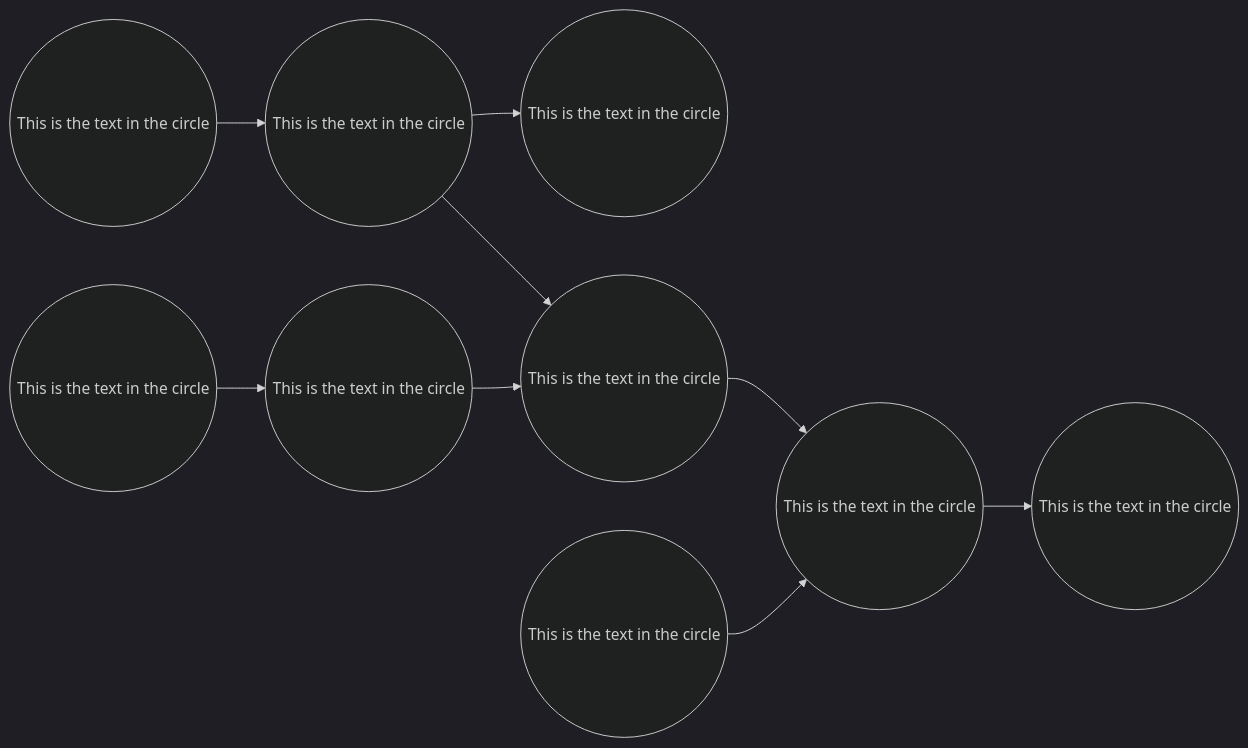
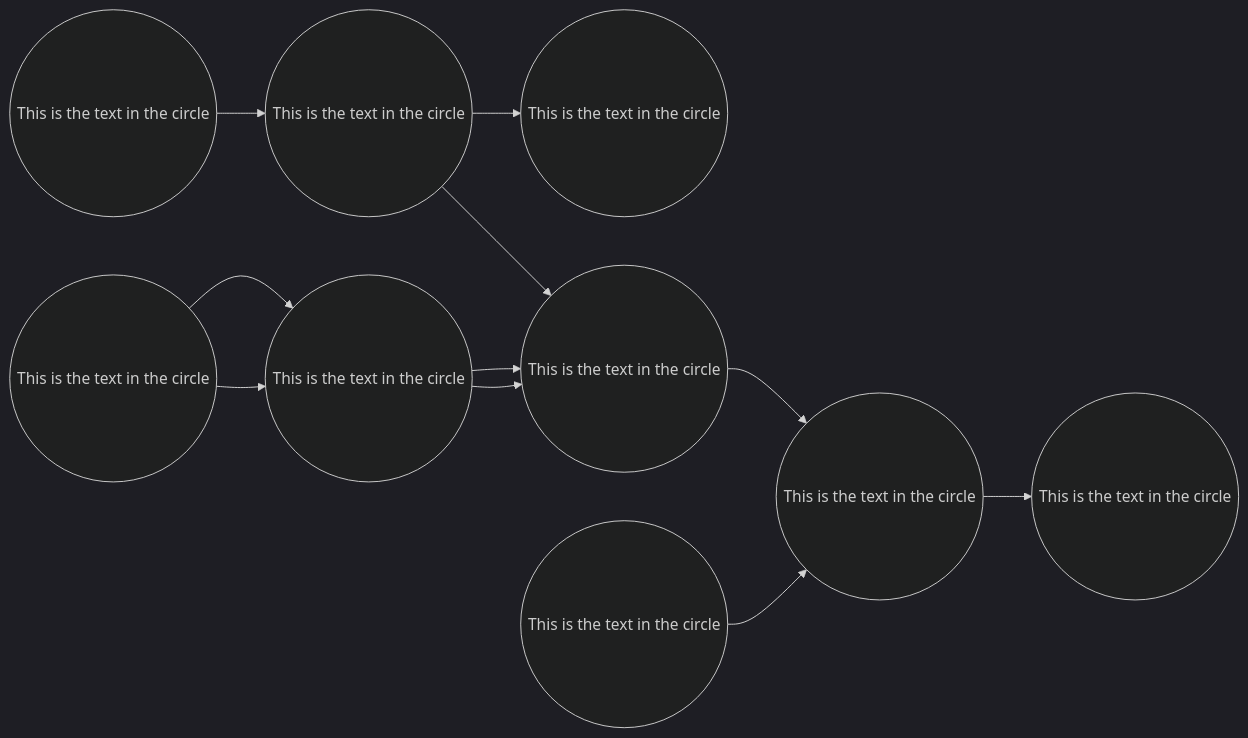
The second of 2 diagrams in slides.md (gerbssusd/dok), drawn with Mermaid (dark theme) before and after one commit.

````diff
--- a/slides.md
+++ b/slides.md
@@ -499,15 +499,16 @@
 ```mermaid {scale: .60}
 
 flowchart LR
     id1((This is the text in the circle)) -->
     id2((This is the text in the circle)) -->
     id3((This is the text in the circle))
        id3.1((This is the text in the circle))-->
        id3.2((This is the text in the circle))-->id4
    id2 --> id4((This is the text in the circle)) -->id6
     id5((This is the text in the circle)) -->
     id6((This is the text in the circle)) -->
     id7((This is the text in the circle))
-
+       id3.1((This is the text in the circle))-->
+       id3.2((This is the text in the circle))-->id4
 
 ```
````
